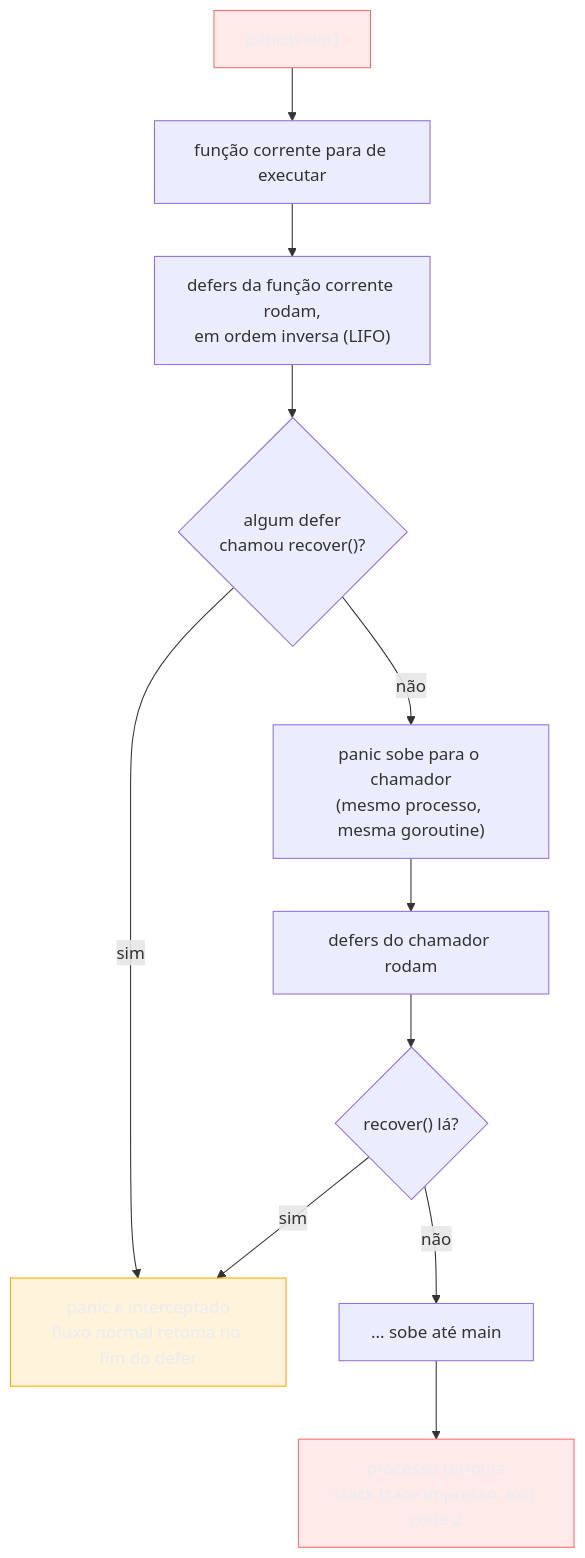
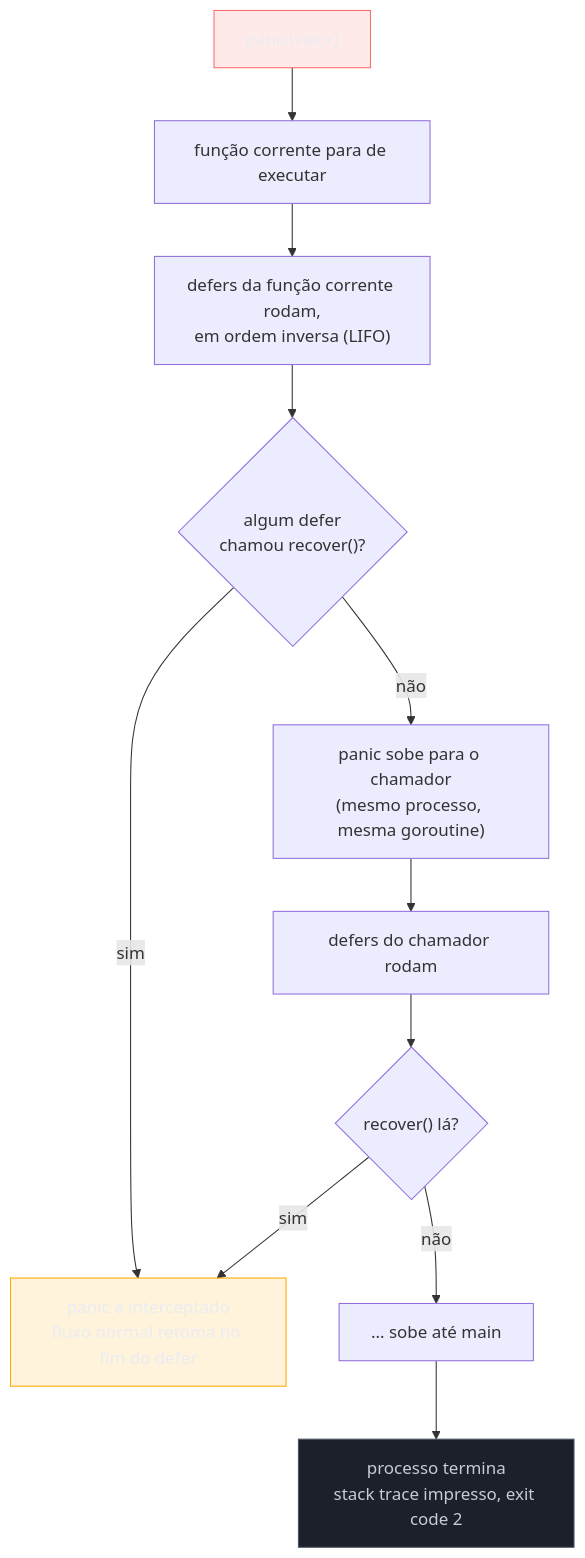
One commit to josenaldo/codex-technomanticus changed the diagram in 03-Dominios/Tecnologia/Go/04 - Erros como valor/05 - panic e recover.md. Above: the diagram before and after it, drawn with Mermaid. The commit also changed 601 other files, not shown here.

````diff
--- a/03-Dominios/Tecnologia/Go/04 - Erros como valor/05 - panic e recover.md
+++ b/03-Dominios/Tecnologia/Go/04 - Erros como valor/05 - panic e recover.md
@@ -38,19 +38,20 @@
 ```mermaid
 flowchart TD
+    classDef neutro fill:#1B2029,stroke:#4E5666,color:#C6CCD8
     classDef falha fill:#FF6B6B24,stroke:#FF6B6B,color:#E9ECF2
     classDef destaque fill:#FFAA0024,stroke:#FFAA00,color:#E9ECF2
     A["panic(valor)"] --> B["função corrente para de executar"]
     B --> C["defers da função corrente rodam,\nem ordem inversa (LIFO)"]
     C --> D{"algum defer\nchamou recover()?"}
     D -->|"sim"| E["panic é interceptado\nfluxo normal retoma no fim do defer"]
     D -->|"não"| F["panic sobe para o chamador\n(mesmo processo, mesma goroutine)"]
     F --> G["defers do chamador rodam"]
     G --> H{"recover() lá?"}
     H -->|"sim"| E
     H -->|"não"| I["... sobe até main"]
     I --> J["processo termina\nstack trace impresso, exit code 2"]
 
     class A falha
     class E destaque
-    class J falha
+    class J neutro
 ```
````
